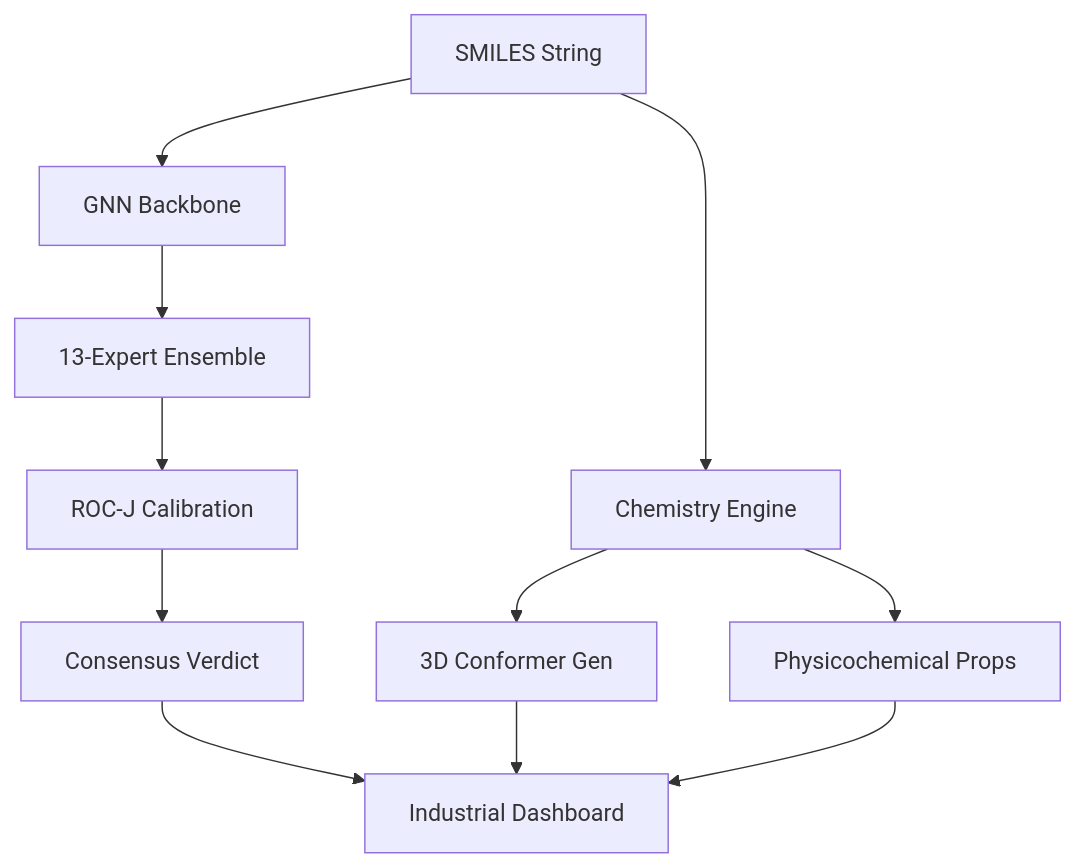
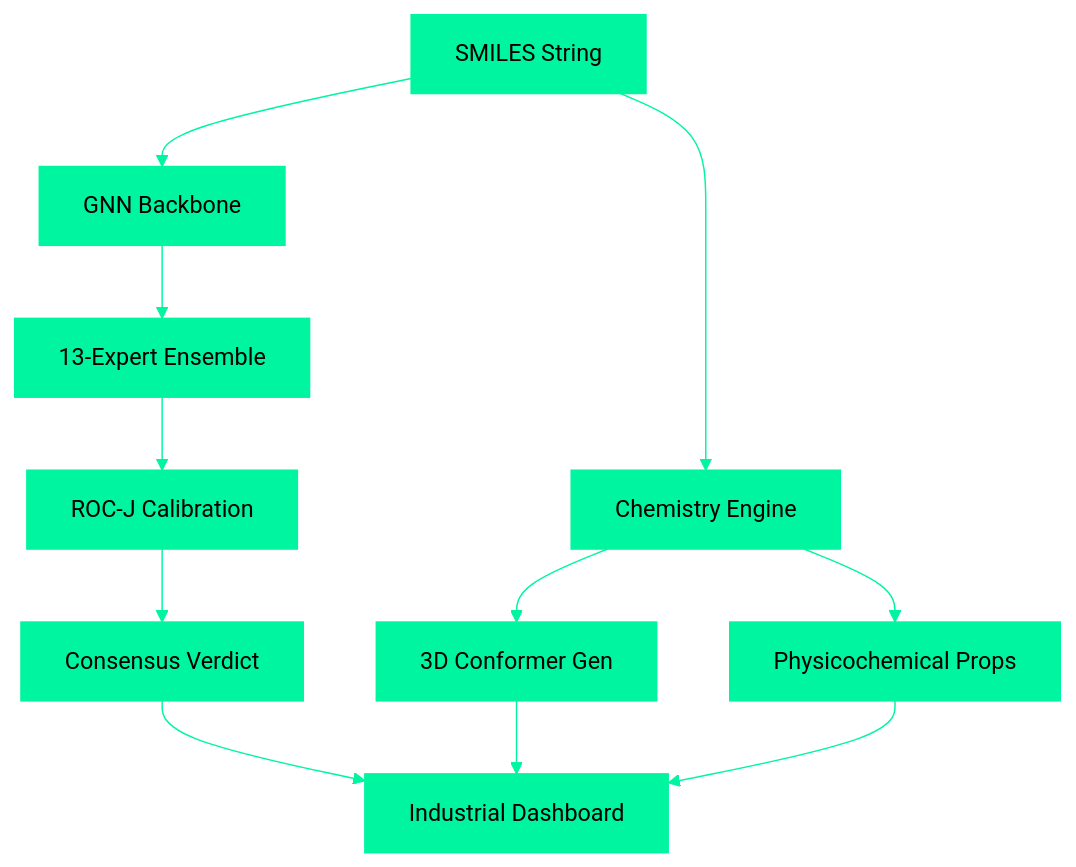
The diagram in README.md (udaydomadiya08/bioaegis-production), drawn with Mermaid before and after one commit.

Commit message:
style: calibrate mermaid architecture contrast for high-visibility dark mode

````diff
--- a/README.md
+++ b/README.md
@@ -30,13 +30,14 @@
 ```mermaid
+%%{init: {'theme': 'base', 'themeVariables': { 'primaryColor': '#00f5a0', 'primaryTextColor': '#000', 'primaryBorderColor': '#00f5a0', 'lineColor': '#00f5a0', 'secondaryColor': '#00d2ff', 'tertiaryColor': '#fff'}}}%%
 graph TD
     A[SMILES String] --> B[Chemistry Engine]
     B --> C[3D Conformer Gen]
     B --> D[Physicochemical Props]
     A --> E[GNN Backbone]
     E --> F[13-Expert Ensemble]
     F --> G[ROC-J Calibration]
     G --> H[Consensus Verdict]
     H --> I[Industrial Dashboard]
     C --> I
     D --> I
 ```
````
